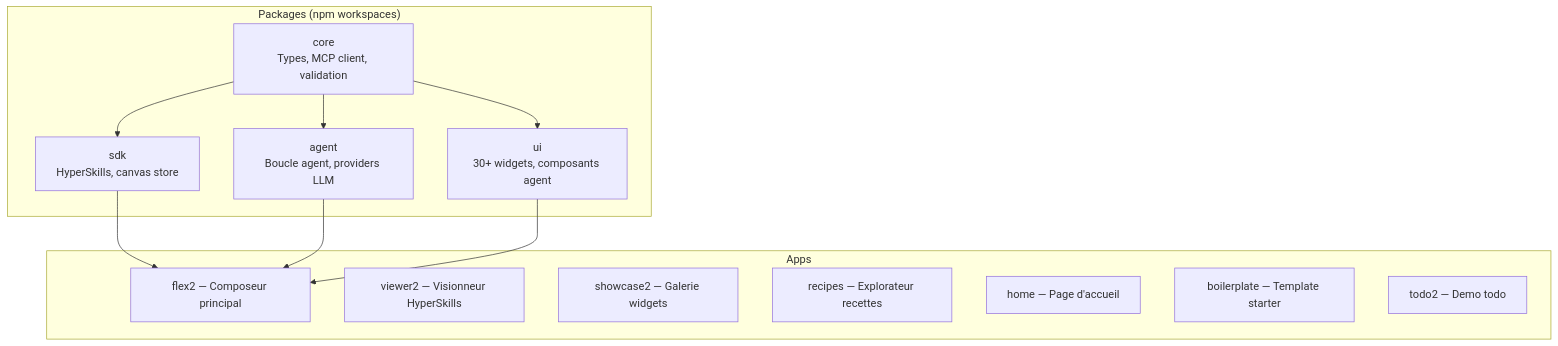
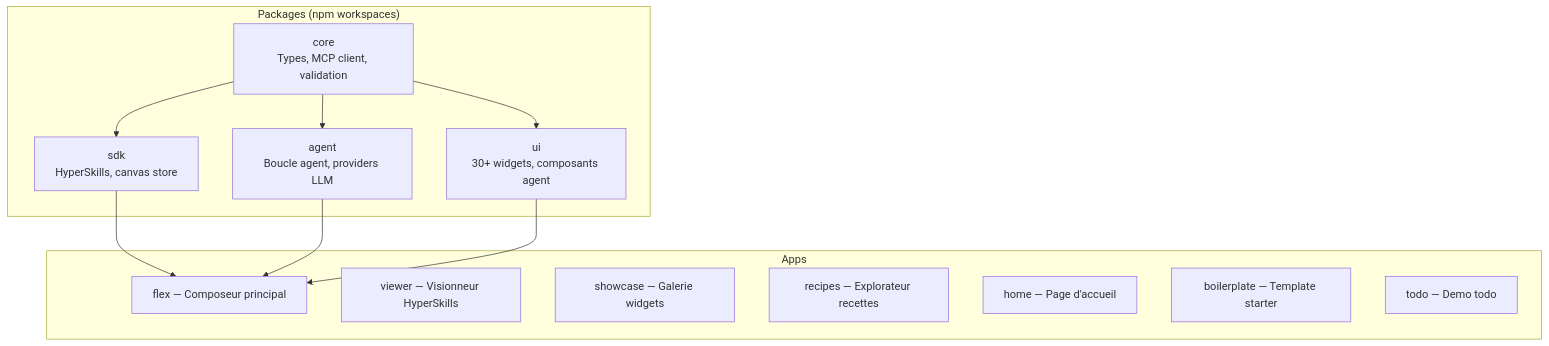
Before and after one commit to jeanbaptiste/webmcp-auto-ui: the diagram in docs-site/src/content/docs/guide/contributing.mdx, drawn with Mermaid. The commit also changed other lines of this file and 131 other files, not shown here.

````diff
--- a/docs-site/src/content/docs/guide/contributing.mdx
+++ b/docs-site/src/content/docs/guide/contributing.mdx
@@ -12,26 +12,26 @@
 ```mermaid
 graph TD
     subgraph "Packages (npm workspaces)"
         CORE["core<br/>Types, MCP client, validation"]
         SDK["sdk<br/>HyperSkills, canvas store"]
         AGENT["agent<br/>Boucle agent, providers LLM"]
         UI["ui<br/>30+ widgets, composants agent"]
     end
 
     subgraph "Apps"
-        FLEX[flex2 — Composeur principal]
-        VIEWER[viewer2 — Visionneur HyperSkills]
-        SHOWCASE[showcase2 — Galerie widgets]
+        FLEX[flex — Composeur principal]
+        VIEWER[viewer — Visionneur HyperSkills]
+        SHOWCASE[showcase — Galerie widgets]
         RECIPES[recipes — Explorateur recettes]
         HOME[home — Page d'accueil]
         BOILER[boilerplate — Template starter]
-        TODO[todo2 — Demo todo]
+        TODO[todo — Demo todo]
     end
 
     CORE --> SDK
     CORE --> AGENT
     CORE --> UI
     SDK --> FLEX
     AGENT --> FLEX
     UI --> FLEX
 ```
````
